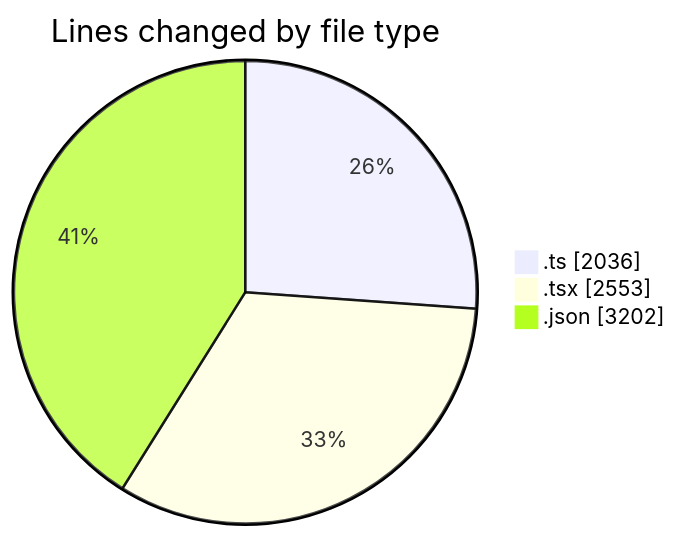
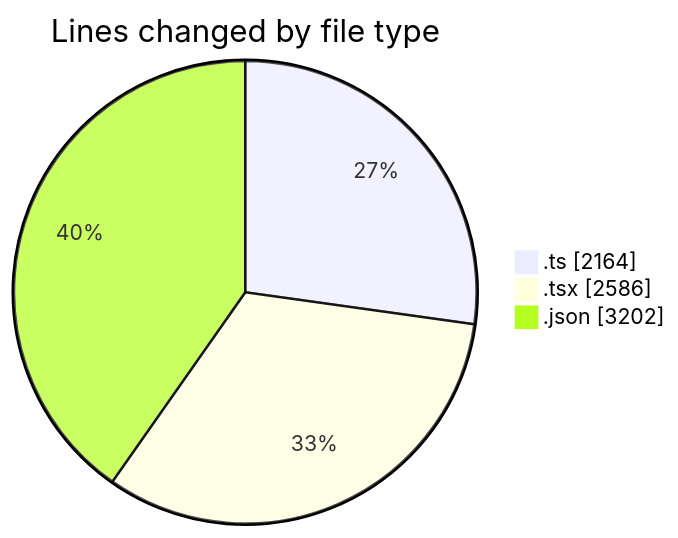
Before and after one commit to julien-gomy/code-tracking: the first of 2 diagrams in 2025-10-23/eventscop-frontend-guide__workspace_/README.md, drawn with Mermaid. The commit also changed other lines of this file and 1 other file, not shown here.

````diff
--- a/2025-10-23/eventscop-frontend-guide__workspace_/README.md
+++ b/2025-10-23/eventscop-frontend-guide__workspace_/README.md
@@ -37,7 +39,7 @@
 ```mermaid
 pie showData
 title Lines changed by file type
-".ts" : 2036
-".tsx" : 2553
+".ts" : 2164
+".tsx" : 2586
 ".json" : 3202
 ```
````
